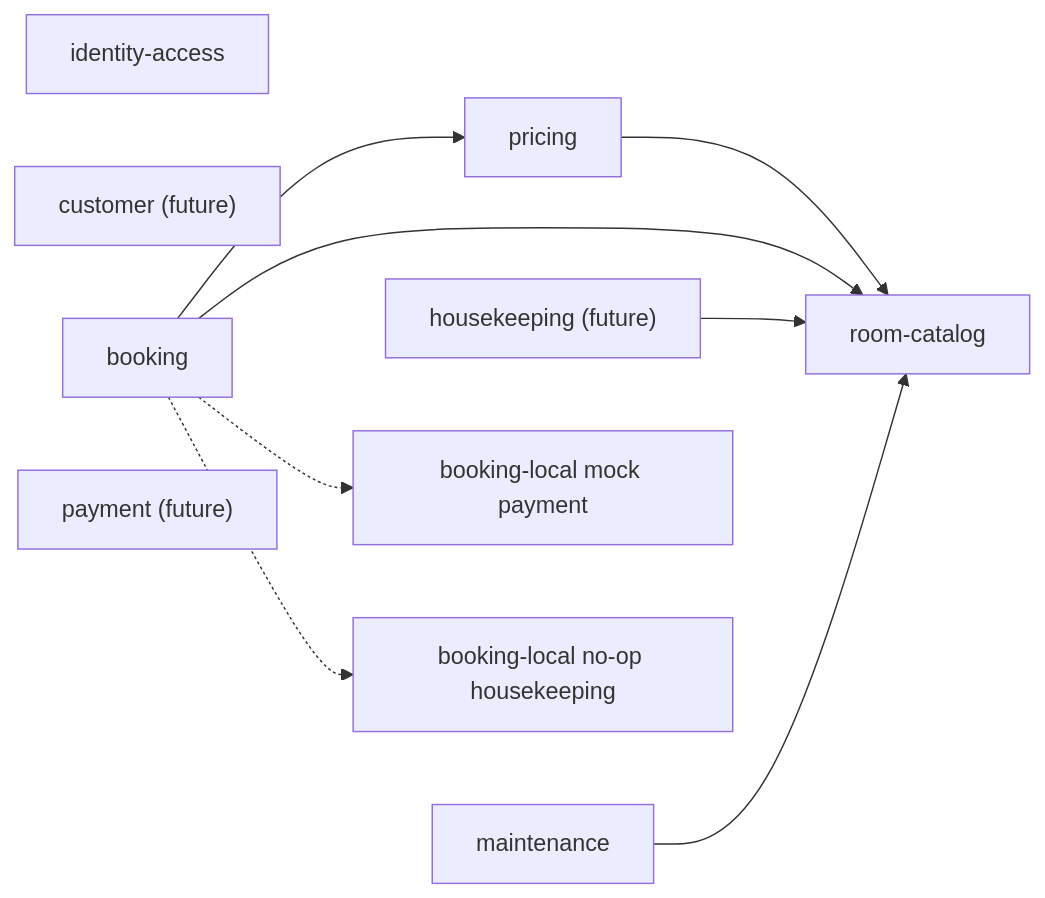
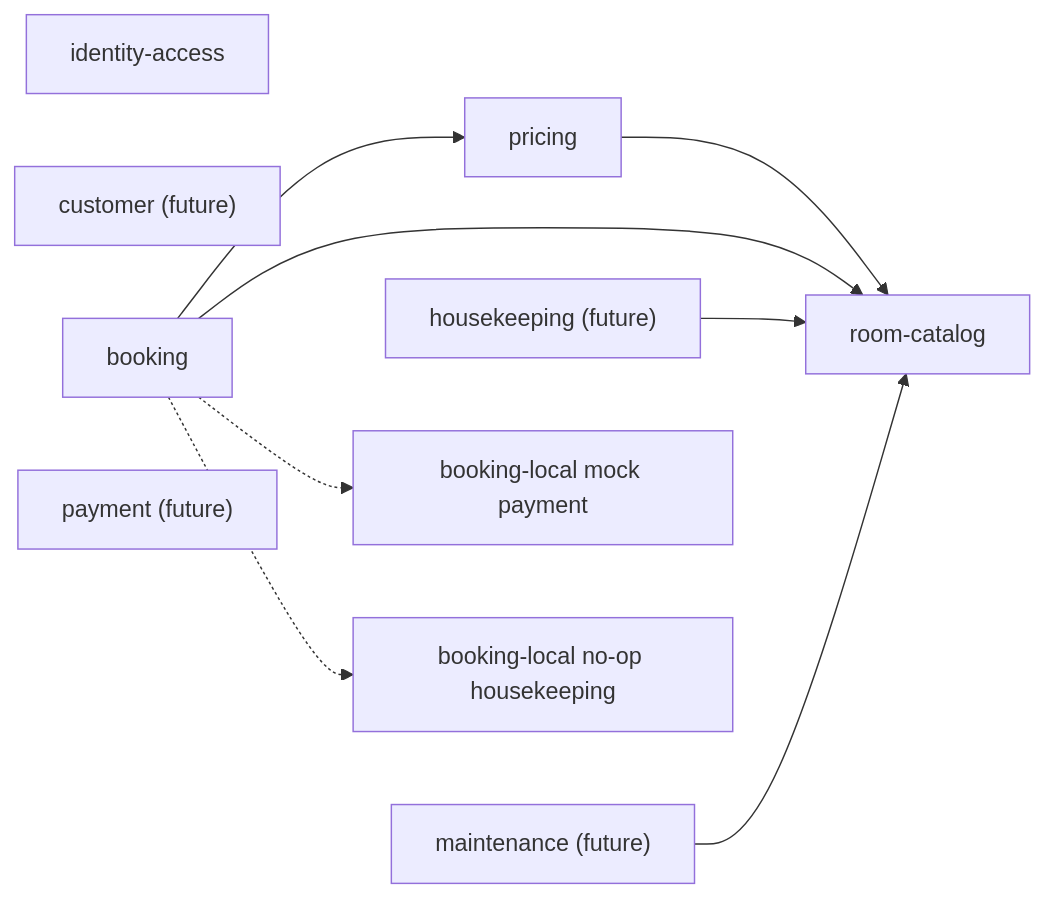
The second of 2 diagrams in docs/architecture.md (dinhhuy-dev/hotel-api), drawn with Mermaid before and after one commit. The commit also changed other lines of this file and 6 other files, not shown here.

````diff
--- a/docs/architecture.md
+++ b/docs/architecture.md
@@ -63,22 +63,22 @@
 ```mermaid
 flowchart LR
     Identity["identity-access"]
     Customer["customer (future)"]
     Rooms["room-catalog"]
     Pricing["pricing"]
     Booking["booking"]
     Payment["payment (future)"]
     Housekeeping["housekeeping (future)"]
-    Maintenance["maintenance"]
+    Maintenance["maintenance (future)"]
     MockPayment["booking-local mock payment"]
     MockHousekeeping["booking-local no-op housekeeping"]
 
     Pricing --> Rooms
     Booking --> Rooms
     Booking --> Pricing
     Housekeeping --> Rooms
     Maintenance --> Rooms
 
     Booking -.-> MockPayment
     Booking -.-> MockHousekeeping
 ```
````
